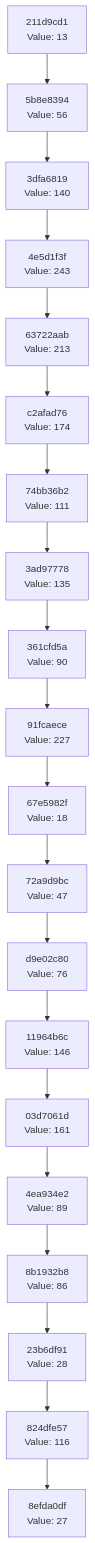
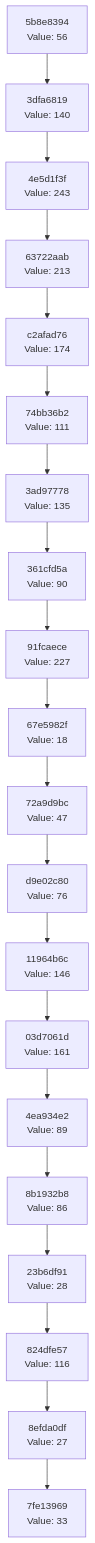
The diagram in docs/CHAIN_VISUALIZATION.md (Abhisheksinha1506/hash-chain-evolver), drawn with Mermaid before and after one commit. The commit also changed 1 other file, not shown here.

Commit message:
Evolution Step

````diff
--- a/docs/CHAIN_VISUALIZATION.md
+++ b/docs/CHAIN_VISUALIZATION.md
@@ -3,42 +3,42 @@
 ```mermaid
 graph TD
-    C0["8efda0df<br/>Value: 27"]
-    C1["824dfe57<br/>Value: 116"]
+    C0["7fe13969<br/>Value: 33"]
+    C1["8efda0df<br/>Value: 27"]
     C1 --> C0
-    C2["23b6df91<br/>Value: 28"]
+    C2["824dfe57<br/>Value: 116"]
     C2 --> C1
-    C3["8b1932b8<br/>Value: 86"]
+    C3["23b6df91<br/>Value: 28"]
     C3 --> C2
-    C4["4ea934e2<br/>Value: 89"]
+    C4["8b1932b8<br/>Value: 86"]
     C4 --> C3
-    C5["03d7061d<br/>Value: 161"]
+    C5["4ea934e2<br/>Value: 89"]
     C5 --> C4
-    C6["11964b6c<br/>Value: 146"]
+    C6["03d7061d<br/>Value: 161"]
     C6 --> C5
-    C7["d9e02c80<br/>Value: 76"]
+    C7["11964b6c<br/>Value: 146"]
     C7 --> C6
-    C8["72a9d9bc<br/>Value: 47"]
+    C8["d9e02c80<br/>Value: 76"]
     C8 --> C7
-    C9["67e5982f<br/>Value: 18"]
+    C9["72a9d9bc<br/>Value: 47"]
     C9 --> C8
-    C10["91fcaece<br/>Value: 227"]
+    C10["67e5982f<br/>Value: 18"]
     C10 --> C9
-    C11["361cfd5a<br/>Value: 90"]
+    C11["91fcaece<br/>Value: 227"]
     C11 --> C10
-    C12["3ad97778<br/>Value: 135"]
+    C12["361cfd5a<br/>Value: 90"]
     C12 --> C11
-    C13["74bb36b2<br/>Value: 111"]
+    C13["3ad97778<br/>Value: 135"]
     C13 --> C12
-    C14["c2afad76<br/>Value: 174"]
+    C14["74bb36b2<br/>Value: 111"]
     C14 --> C13
-    C15["63722aab<br/>Value: 213"]
+    C15["c2afad76<br/>Value: 174"]
     C15 --> C14
-    C16["4e5d1f3f<br/>Value: 243"]
+    C16["63722aab<br/>Value: 213"]
     C16 --> C15
-    C17["3dfa6819<br/>Value: 140"]
+    C17["4e5d1f3f<br/>Value: 243"]
     C17 --> C16
-    C18["5b8e8394<br/>Value: 56"]
+    C18["3dfa6819<br/>Value: 140"]
     C18 --> C17
-    C19["211d9cd1<br/>Value: 13"]
+    C19["5b8e8394<br/>Value: 56"]
     C19 --> C18
 ```
````
